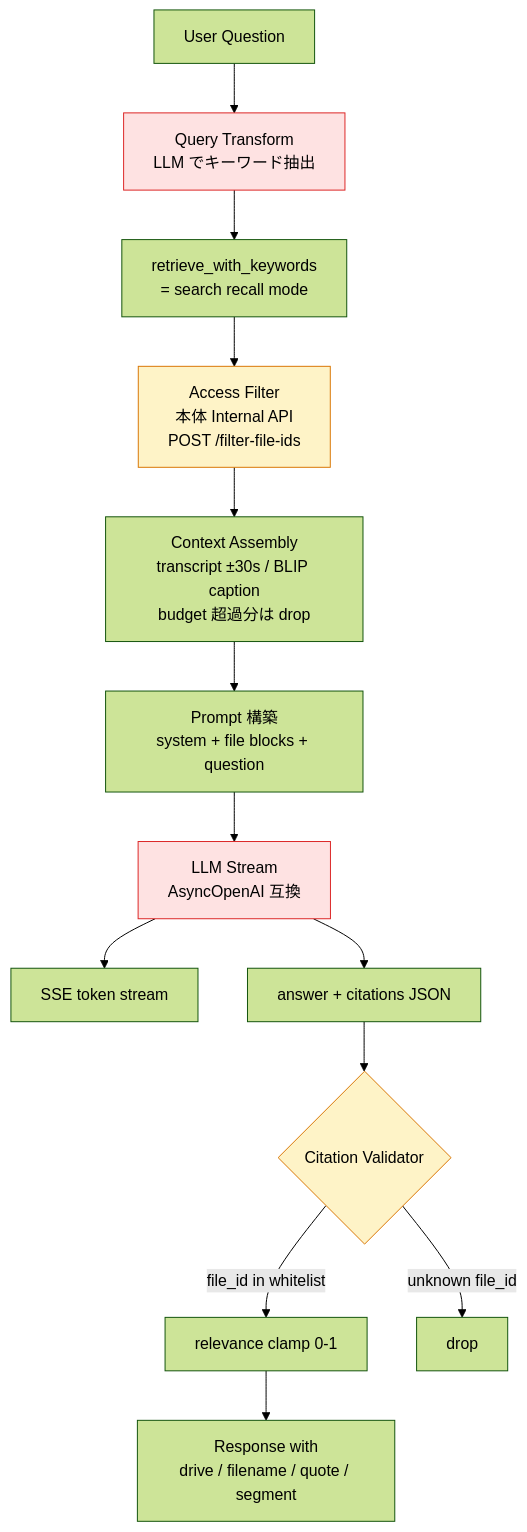
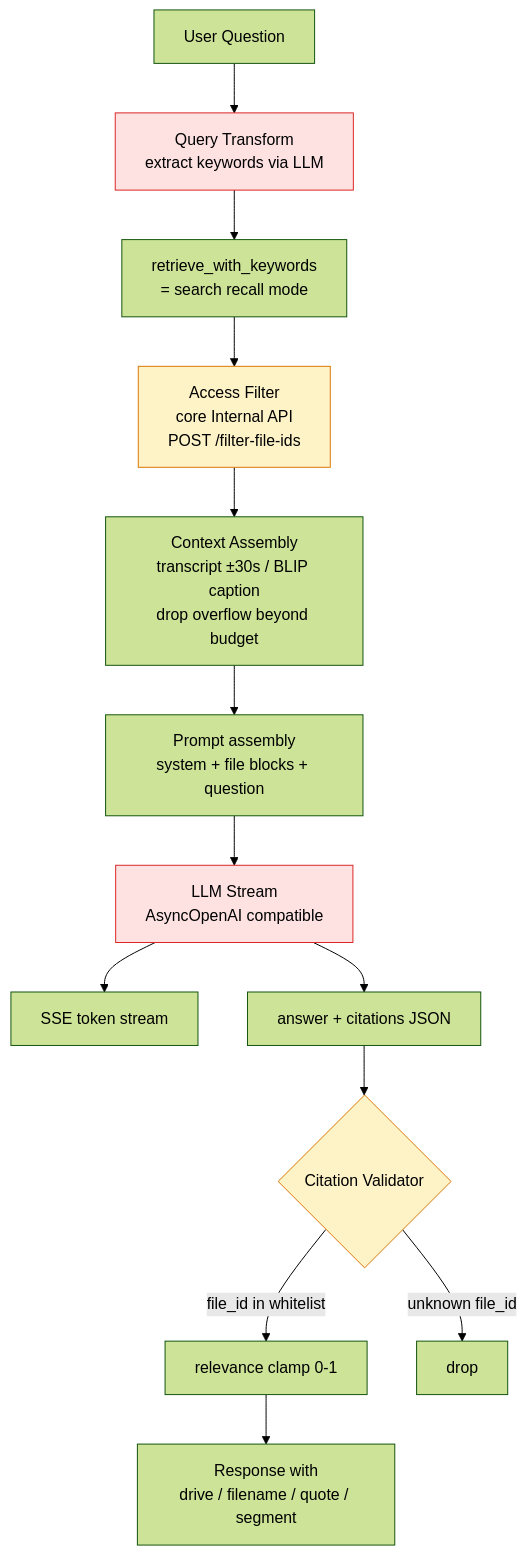
One commit to mamepenguin/Litloft changed the sixth of 6 diagrams in docs/FEATURE-MAP.md. Above: the diagram before and after it, drawn with Mermaid (forest theme). The commit also changed other lines of this file and 11 other files, not shown here.

````diff
--- a/docs/FEATURE-MAP.md
+++ b/docs/FEATURE-MAP.md
@@ -231,20 +231,20 @@
 ```mermaid
 flowchart TD
-  U[User Question] --> QT[Query Transform<br/>LLM でキーワード抽出]
+  U[User Question] --> QT[Query Transform<br/>extract keywords via LLM]
   QT --> RT[retrieve_with_keywords<br/>= search recall mode]
-  RT --> AF[Access Filter<br/>本体 Internal API<br/>POST /filter-file-ids]
-  AF --> CA[Context Assembly<br/>transcript ±30s / BLIP caption<br/>budget 超過分は drop]
-  CA --> PR[Prompt 構築<br/>system + file blocks + question]
-  PR --> LLM[LLM Stream<br/>AsyncOpenAI 互換]
+  RT --> AF[Access Filter<br/>core Internal API<br/>POST /filter-file-ids]
+  AF --> CA[Context Assembly<br/>transcript ±30s / BLIP caption<br/>drop overflow beyond budget]
+  CA --> PR[Prompt assembly<br/>system + file blocks + question]
+  PR --> LLM[LLM Stream<br/>AsyncOpenAI compatible]
   LLM --> SSE[SSE token stream]
   LLM --> JSON[answer + citations JSON]
   JSON --> CV{Citation Validator}
   CV -->|file_id in whitelist| OK[relevance clamp 0-1]
   CV -->|unknown file_id| DROP[drop]
   OK --> RESP[Response with<br/>drive / filename / quote / segment]
 
   classDef ext fill:#fee2e2,stroke:#dc2626
   classDef safe fill:#fef3c7,stroke:#d97706
   class LLM,QT ext
   class AF,CV safe
 ```
````
